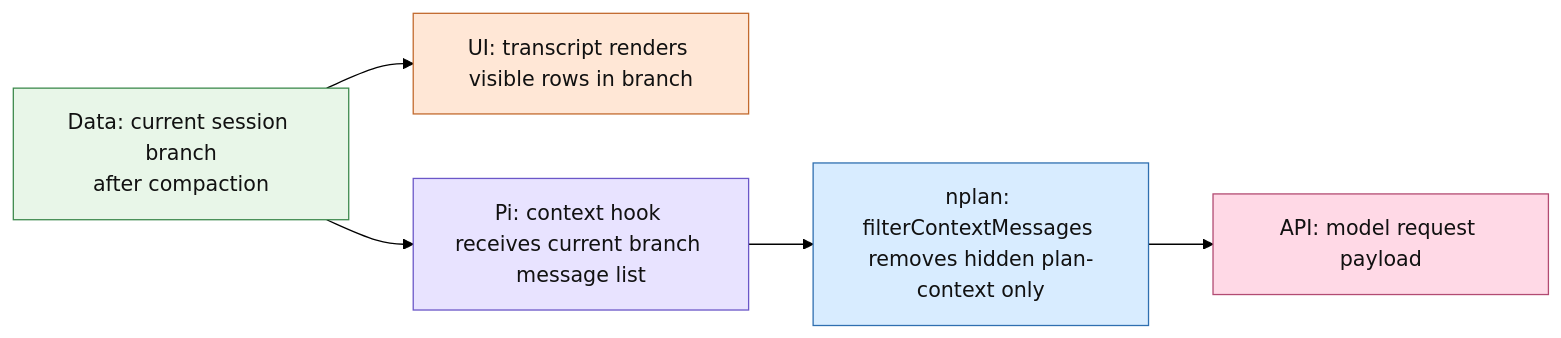
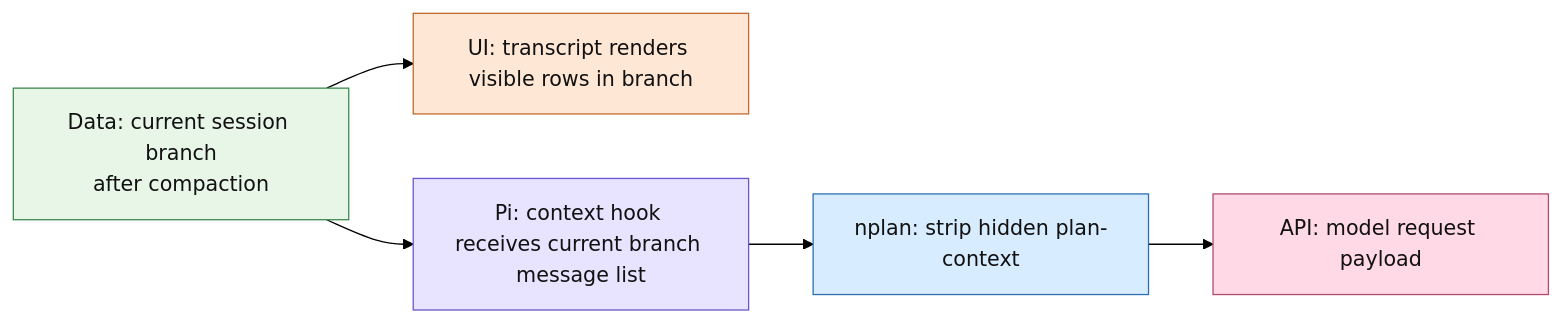
Before and after one commit to pyronaur/nplan: the second of 6 diagrams in docs/planning-message-lifecycle.md, drawn with Mermaid (forest theme). The commit also changed other lines of this file, not shown here.

First line of the commit message:
Clarify planning context-filter terminology for lifecycle docs

````diff
--- a/docs/planning-message-lifecycle.md
+++ b/docs/planning-message-lifecycle.md
@@ -82,18 +82,18 @@
 ```mermaid
 flowchart LR
     A[Data: current session branch\nafter compaction] --> B[UI: transcript renders visible rows in branch]
     A --> C[Pi: context hook receives current branch message list]
-    C --> D[nplan: filterContextMessages removes hidden plan-context only]
+    C --> D[nplan: strip hidden plan-context]
     D --> E[API: model request payload]
 
     classDef data fill:#e8f6e8,stroke:#3d8a4d,color:#111;
     classDef ui fill:#ffe7d6,stroke:#c26a2e,color:#111;
     classDef pi fill:#e8e3ff,stroke:#6b57c8,color:#111;
     classDef nplan fill:#d8ecff,stroke:#2f6fb0,color:#111;
     classDef api fill:#ffd9e6,stroke:#b24b72,color:#111;
     class A data;
     class B ui;
     class C pi;
     class D nplan;
     class E api;
 ```
````
